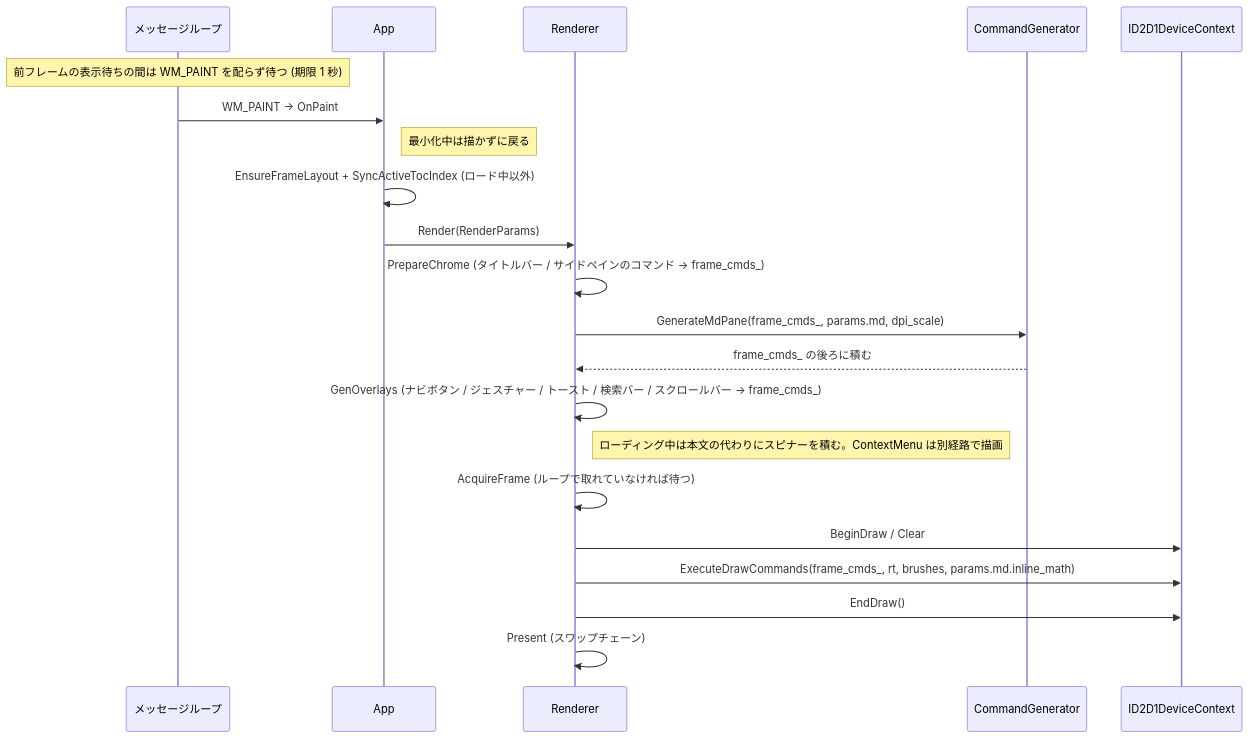
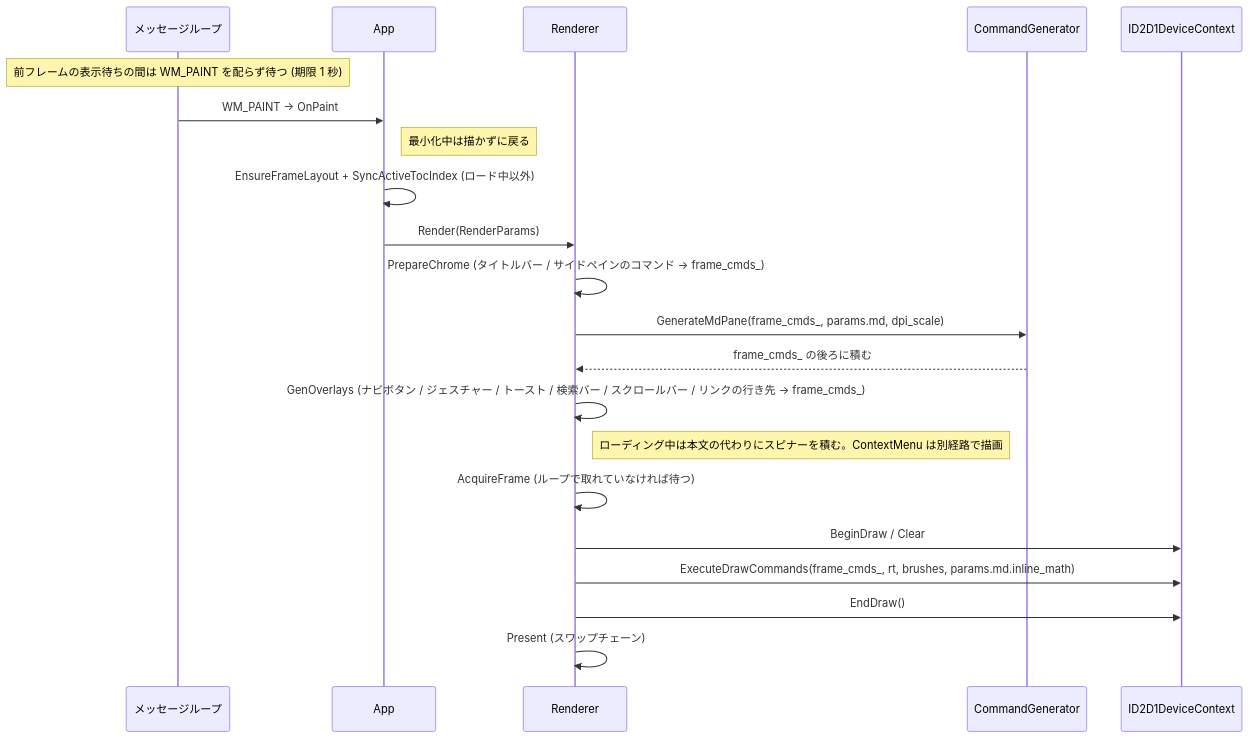
Before and after one commit to tanaton/mendo: diagram 19 of 27 in example/test.md, drawn with Mermaid. The commit also changed other lines of this file and 24 other files, not shown here.

````diff
--- a/example/test.md
+++ b/example/test.md
@@ -3109,24 +3123,24 @@
 ```mermaid
 sequenceDiagram
     participant ML as メッセージループ
     participant APP as App
     participant R as Renderer
     participant CG as CommandGenerator
     participant RT as ID2D1DeviceContext
 
     Note over ML: 前フレームの表示待ちの間は WM_PAINT を配らず待つ (期限 1 秒)
     ML->>APP: WM_PAINT → OnPaint
     Note right of APP: 最小化中は描かずに戻る
     APP->>APP: EnsureFrameLayout + SyncActiveTocIndex (ロード中以外)
     APP->>R: Render(RenderParams)
     R->>R: PrepareChrome (タイトルバー / サイドペインのコマンド → frame_cmds_)
     R->>CG: GenerateMdPane(frame_cmds_, params.md, dpi_scale)
     CG-->>R: frame_cmds_ の後ろに積む
-    R->>R: GenOverlays (ナビボタン / ジェスチャー / トースト / 検索バー / スクロールバー → frame_cmds_)
+    R->>R: GenOverlays (ナビボタン / ジェスチャー / トースト / 検索バー / スクロールバー / リンクの行き先 → frame_cmds_)
     Note right of R: ローディング中は本文の代わりにスピナーを積む。ContextMenu は別経路で描画
     R->>R: AcquireFrame (ループで取れていなければ待つ)
     R->>RT: BeginDraw / Clear
     R->>RT: ExecuteDrawCommands(frame_cmds_, rt, brushes, params.md.inline_math)
     R->>RT: EndDraw()
     R->>R: Present (スワップチェーン)
 ```
````
